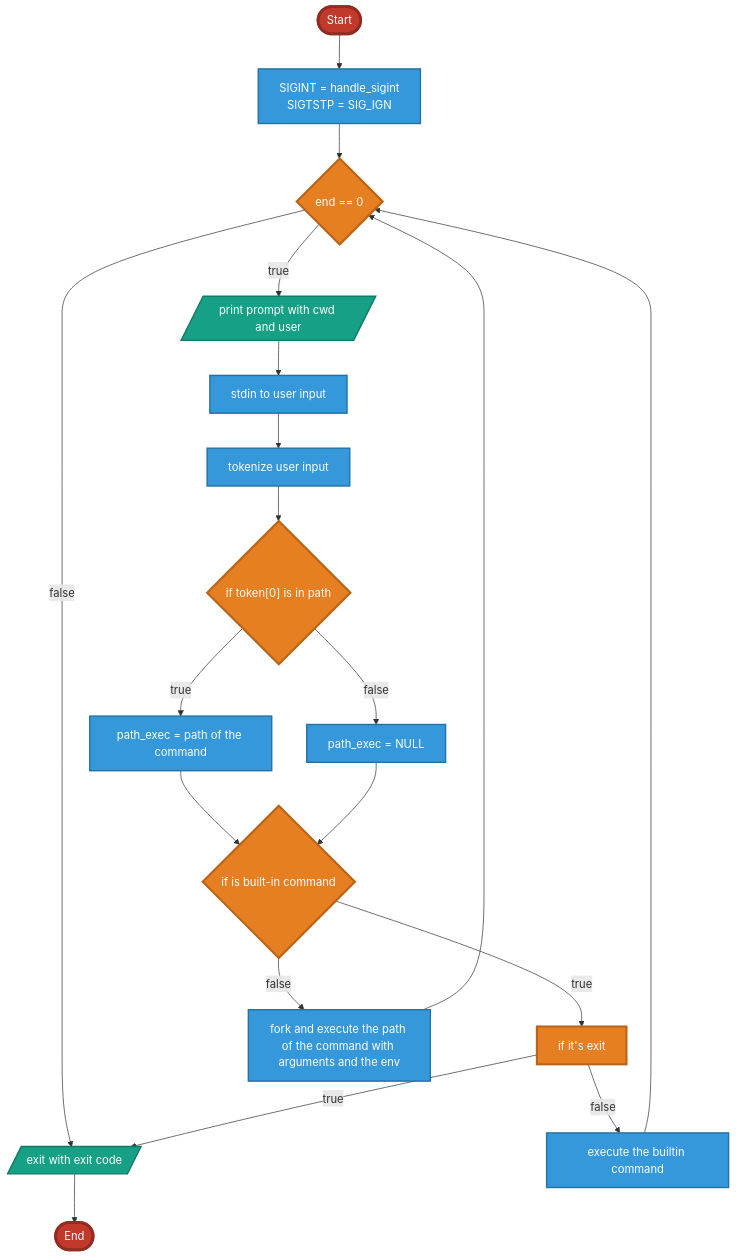
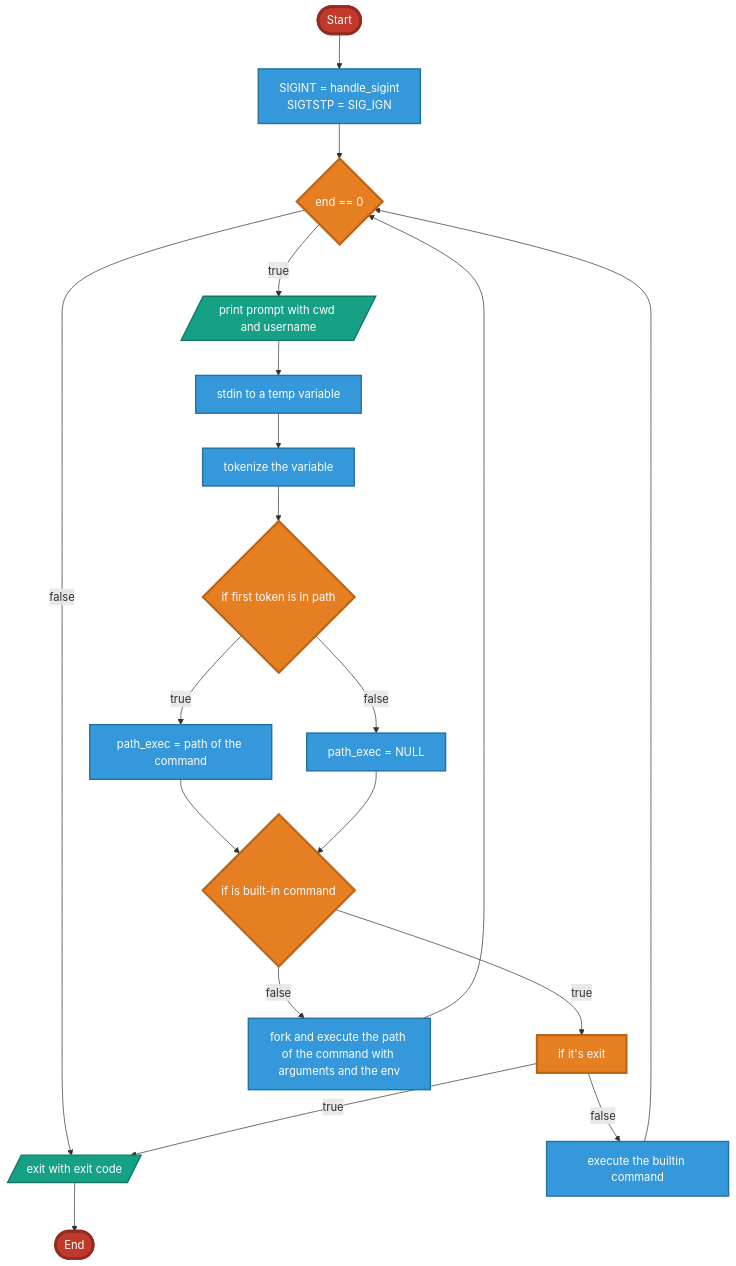
Before and after one commit to ylabate/holbertonschool-simple_shell: the diagram in FLOWCHART.md, drawn with Mermaid.

Commit message:
Update flowchart to reflect prompt changes

````diff
--- a/FLOWCHART.md
+++ b/FLOWCHART.md
@@ -1,34 +1,34 @@
 ```mermaid
 flowchart TB
     Start(["Start"]) --> def2["SIGINT = handle_sigint
     SIGTSTP = SIG_IGN"]
     def2 --> main_loop{"end == 0"}
-    main_loop -- true --> prompt[/"print prompt with cwd and user"/]
+    main_loop -- true --> prompt[/"print prompt with cwd and username"/]
     main_loop -- false --> exit[/"exit with exit code"/]
     exit --> End(["End"])
-    prompt --> getline["stdin to user input"]
-    getline --> tokenize["tokenize user input"]
-    tokenize --> search_path{"if token[0] is in path"}
+    prompt --> getline["stdin to a temp variable"]
+    getline --> tokenize["tokenize the variable"]
+    tokenize --> search_path{"if first token is in path"}
     search_path -- true --> path_exec1["path_exec = path of the command"]
     path_exec1 --> builtin{"if is built-in command"}
     search_path -- false --> path_exec2["path_exec = NULL"]
     path_exec2 --> builtin
-    builtin -- true --> if_exit@{ label: "if it's exit" }
+    builtin -- true --> if_exit{"if it's exit"}
     if_exit -- true --> exit
     if_exit -- false --> exec_builtin["execute the builtin command"]
     exec_builtin --> main_loop
     builtin -- false --> exec_subprocess["fork and execute the path of the command with arguments and the env"]
     exec_subprocess --> main_loop
 
     if_exit@{ shape: rect}
     
     classDef startEnd fill:#C0392B,stroke:#922B21,color:#FDFEFE,stroke-width:4px
     classDef decision fill:#E67E22,stroke:#BA6315,color:#FDFEFE,stroke-width:3px
     classDef process fill:#3498DB,stroke:#2471A3,color:#FDFEFE,stroke-width:2px
     classDef io fill:#16A085,stroke:#117A65,color:#FDFEFE,stroke-width:2px
     
     class Start,End startEnd
     class main_loop,search_path,builtin,if_exit decision
     class def1,def2,getline,tokenize,path_exec1,path_exec2,exec_builtin,exec_subprocess process
     class prompt,exit io
 ```
````
